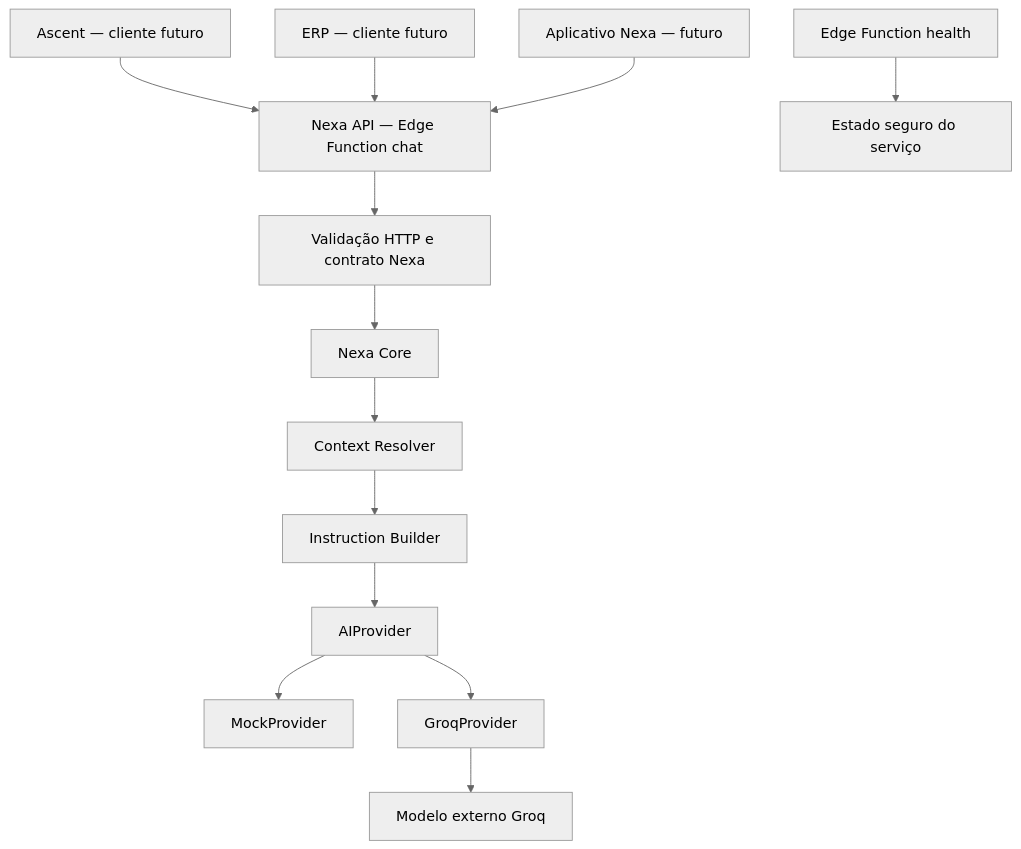
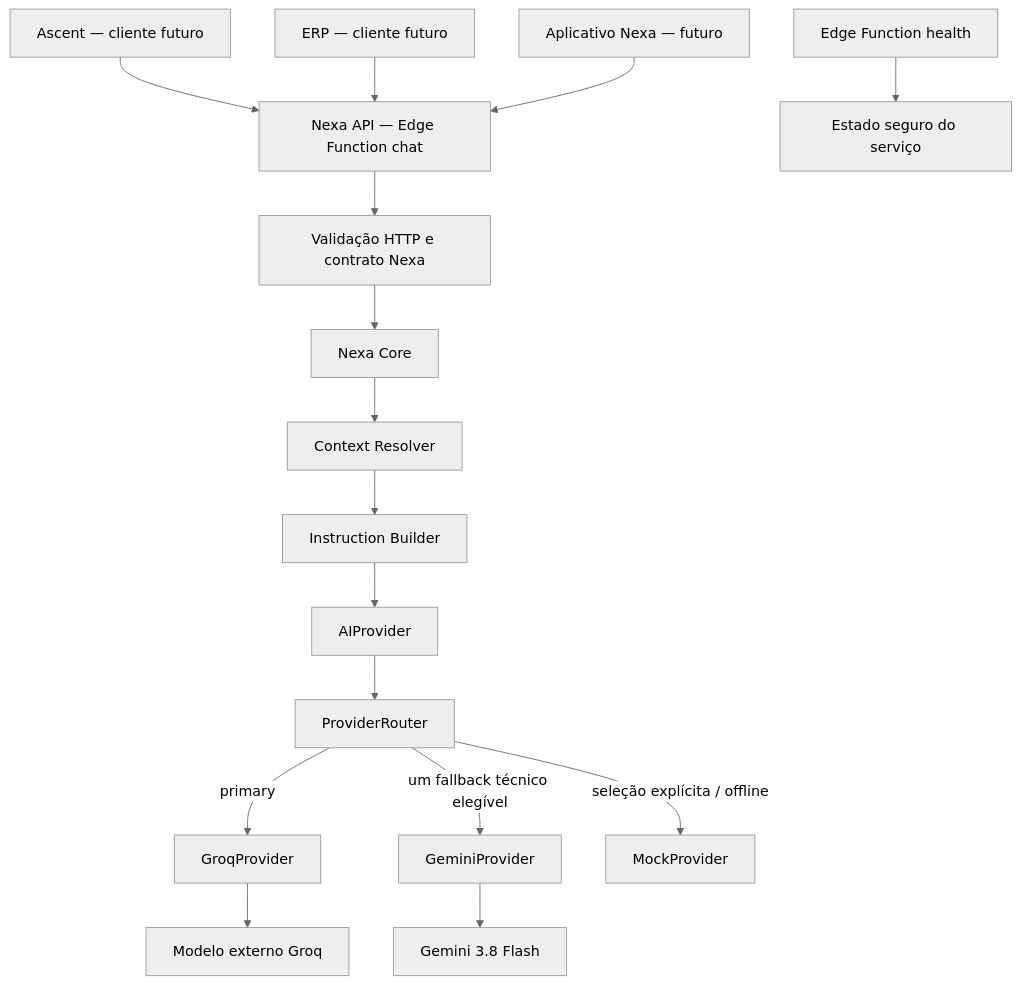
One commit to SmuriNex/Nexa changed the diagram in docs/brain/02 - Arquitetura.md. Above: the diagram before and after it, drawn with Mermaid (neutral theme). The commit also changed other lines of this file and 21 other files, not shown here.

Commit message:
feat: add multi-provider AI routing with Groq and Gemini

````diff
--- a/docs/brain/02 - Arquitetura.md
+++ b/docs/brain/02 - Arquitetura.md
@@ -7,15 +7,18 @@
 ```mermaid
 flowchart TD
     Ascent["Ascent — cliente futuro"] --> Chat["Nexa API — Edge Function chat"]
     ERP["ERP — cliente futuro"] --> Chat
     App["Aplicativo Nexa — futuro"] --> Chat
     Chat --> HTTP["Validação HTTP e contrato Nexa"]
     HTTP --> Core["Nexa Core"]
     Core --> Context["Context Resolver"]
     Context --> Instructions["Instruction Builder"]
     Instructions --> Contract["AIProvider"]
-    Contract --> Mock["MockProvider"]
-    Contract --> Groq["GroqProvider"]
-    Groq --> Model["Modelo externo Groq"]
+    Contract --> Router["ProviderRouter"]
+    Router -->|"primary"| Groq["GroqProvider"]
+    Router -->|"um fallback técnico elegível"| Gemini["GeminiProvider"]
+    Router -->|"seleção explícita / offline"| Mock["MockProvider"]
+    Groq --> GroqModel["Modelo externo Groq"]
+    Gemini --> GeminiModel["Gemini 3.8 Flash"]
     Health["Edge Function health"] --> Runtime["Estado seguro do serviço"]
 ```
````
